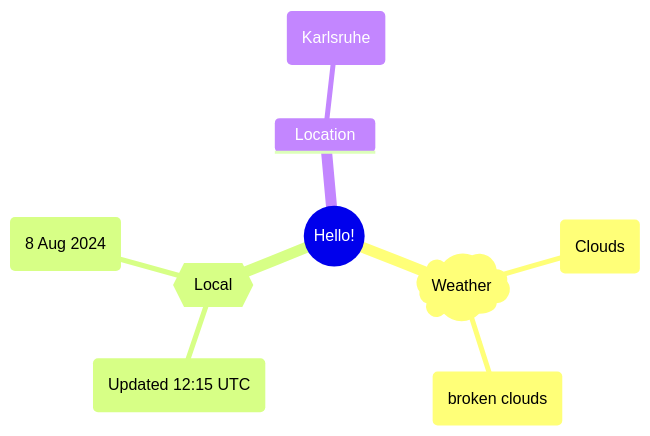
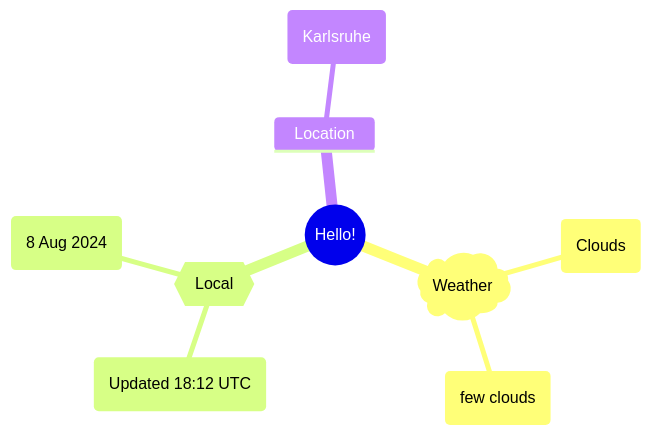
The first of 2 diagrams in README.md (Xosrov/Xosrov), drawn with Mermaid before and after one commit.

Commit message:
[bot] updated images

````diff
--- a/README.md
+++ b/README.md
@@ -3,12 +3,12 @@
 ```mermaid
 mindmap
   root((Hello!))
     )Weather(
         (Clouds)
-        (broken clouds)
+        (few clouds)
     {{Local}}
-        (Updated 12:15 UTC)
+        (Updated 18:12 UTC)
         (8 Aug 2024)
     Location
         (Karlsruhe)
 ```
````
